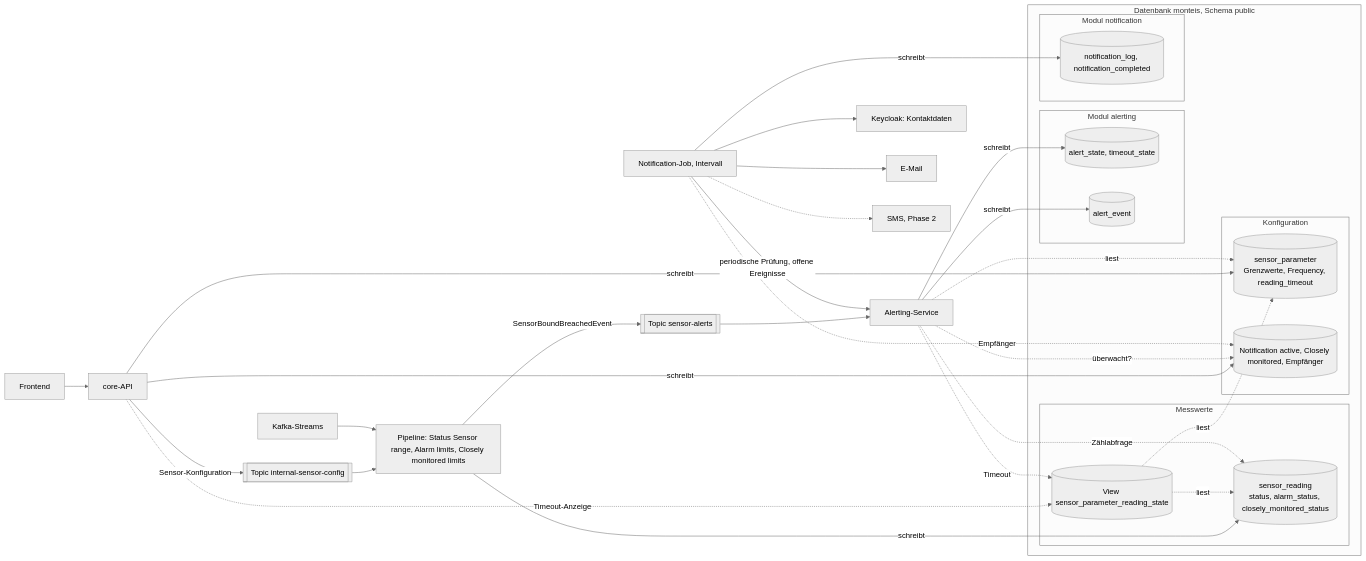
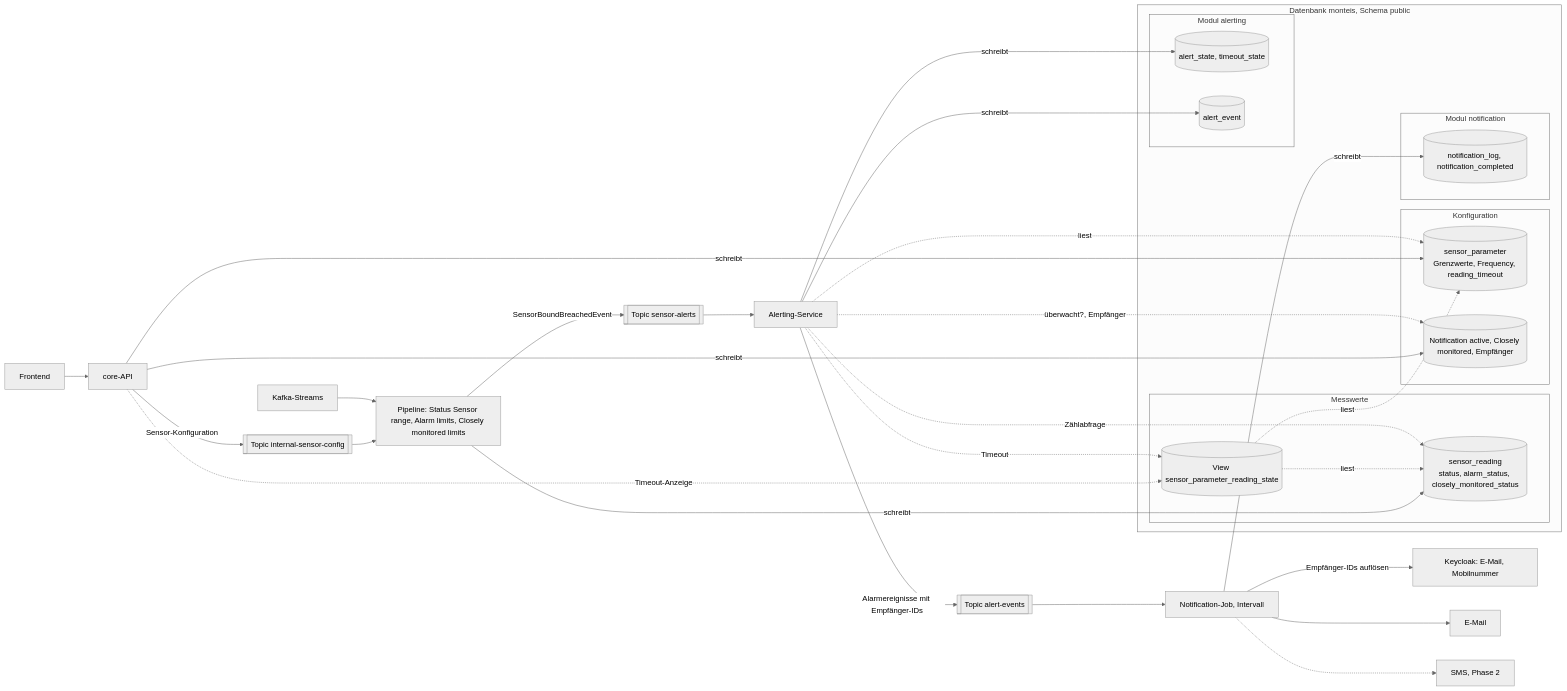
One commit to swisstopo/lg-monteis changed the diagram in alarming-architecture.md. Above: the diagram before and after it, drawn with Mermaid (neutral theme). The commit also changed other lines of this file, not shown here.

Commit message:
chore(MON-248): alarming requirements doc

````diff
--- a/alarming-architecture.md
+++ b/alarming-architecture.md
@@ -86,46 +86,46 @@
 ```mermaid
 flowchart LR
    FE[Frontend] --> C[core-API]
    C -- Sensor-Konfiguration --> TC[["Topic internal-sensor-config"]]
    TC --> P["Pipeline: Status Sensor range, Alarm limits, Closely monitored limits"]
    K[Kafka-Streams] --> P
    P -- SensorBoundBreachedEvent --> T[["Topic sensor-alerts"]]
    T --> A[Alerting-Service]
-   N[Notification-Job, Intervall] -- periodische Prüfung, offene Ereignisse --> A
+   A -- Alarmereignisse mit Empfänger-IDs --> TA[["Topic alert-events"]]
+   TA --> N[Notification-Job, Intervall]
 
    subgraph DBM["Datenbank monteis, Schema public"]
       subgraph MW["Messwerte"]
          SR[("sensor_reading<br/>status, alarm_status, closely_monitored_status")]
          V[("View sensor_parameter_reading_state")]
       end
       subgraph KONF["Konfiguration"]
          SP[("sensor_parameter<br/>Grenzwerte, Frequency, reading_timeout")]
          CFG[("Notification active, Closely monitored, Empfänger")]
       end
       subgraph AL["Modul alerting"]
          AS[("alert_state, timeout_state")]
          AE[("alert_event")]
       end
       subgraph NO["Modul notification"]
          NT[("notification_log, notification_completed")]
       end
    end
 
    P -- schreibt --> SR
    V -. liest .-> SR
    V -. liest .-> SP
    C -- schreibt --> SP
    C -- schreibt --> CFG
    C -. Timeout-Anzeige .-> V
    A -. Zählabfrage .-> SR
    A -. Timeout .-> V
    A -. liest .-> SP
-   A -. überwacht? .-> CFG
+   A -. überwacht?, Empfänger .-> CFG
    A -- schreibt --> AS
    A -- schreibt --> AE
-   N -. Empfänger .-> CFG
    N -- schreibt --> NT
-   N --> KC[Keycloak: Kontaktdaten]
+   N -- Empfänger-IDs auflösen --> KC[Keycloak: E-Mail, Mobilnummer]
    N --> M[E-Mail]
    N -.-> S[SMS, Phase 2]
 ```
````
